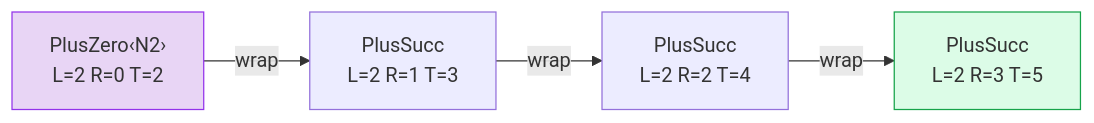
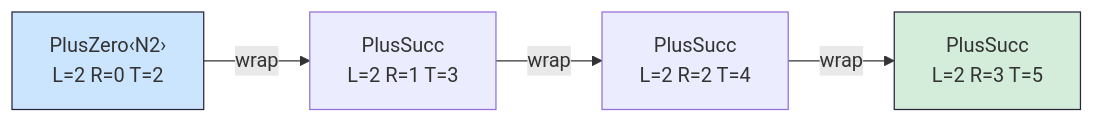
Before and after one commit to jakebromberg/misuse-of-notation: the diagram in tutorial/diagrams/witness-chain.mmd, drawn with Mermaid. The commit also changed 11 other files, not shown here.

Commit message:
Style diagrams to match reference: drop shadows, white fills, dark strokes

```diff
--- a/tutorial/diagrams/witness-chain.mmd
+++ b/tutorial/diagrams/witness-chain.mmd
@@ -1,12 +1,12 @@
 flowchart LR
     S0["PlusZero‹N2›\nL=2 R=0 T=2"]
     S1["PlusSucc\nL=2 R=1 T=3"]
     S2["PlusSucc\nL=2 R=2 T=4"]
     S3["PlusSucc\nL=2 R=3 T=5"]
 
     S0 -- "wrap" --> S1
     S1 -- "wrap" --> S2
     S2 -- "wrap" --> S3
 
-    style S0 fill:#e8d5f5,stroke:#9333ea
-    style S3 fill:#dcfce7,stroke:#16a34a
+    style S0 fill:#cce5ff,stroke:#28253D
+    style S3 fill:#d4edda,stroke:#28253D
```
